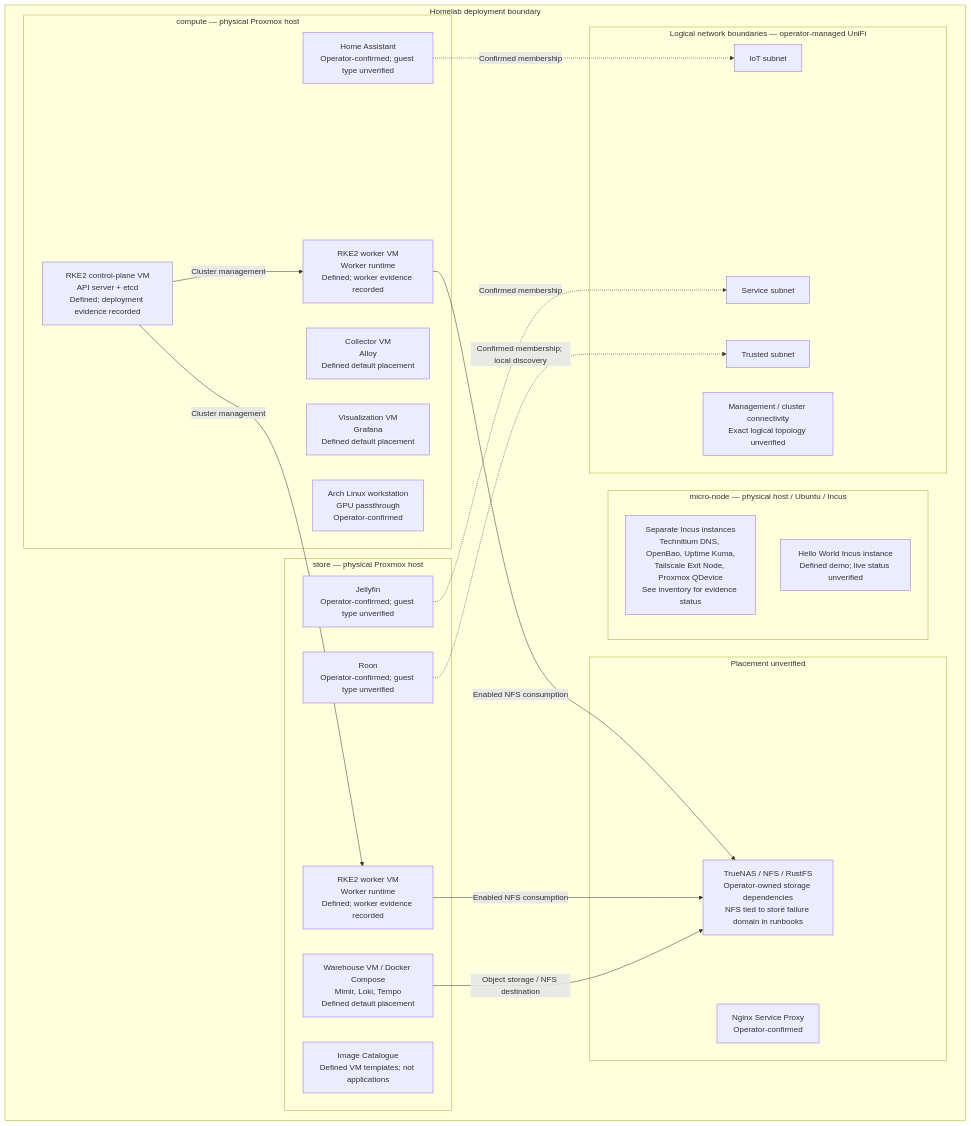
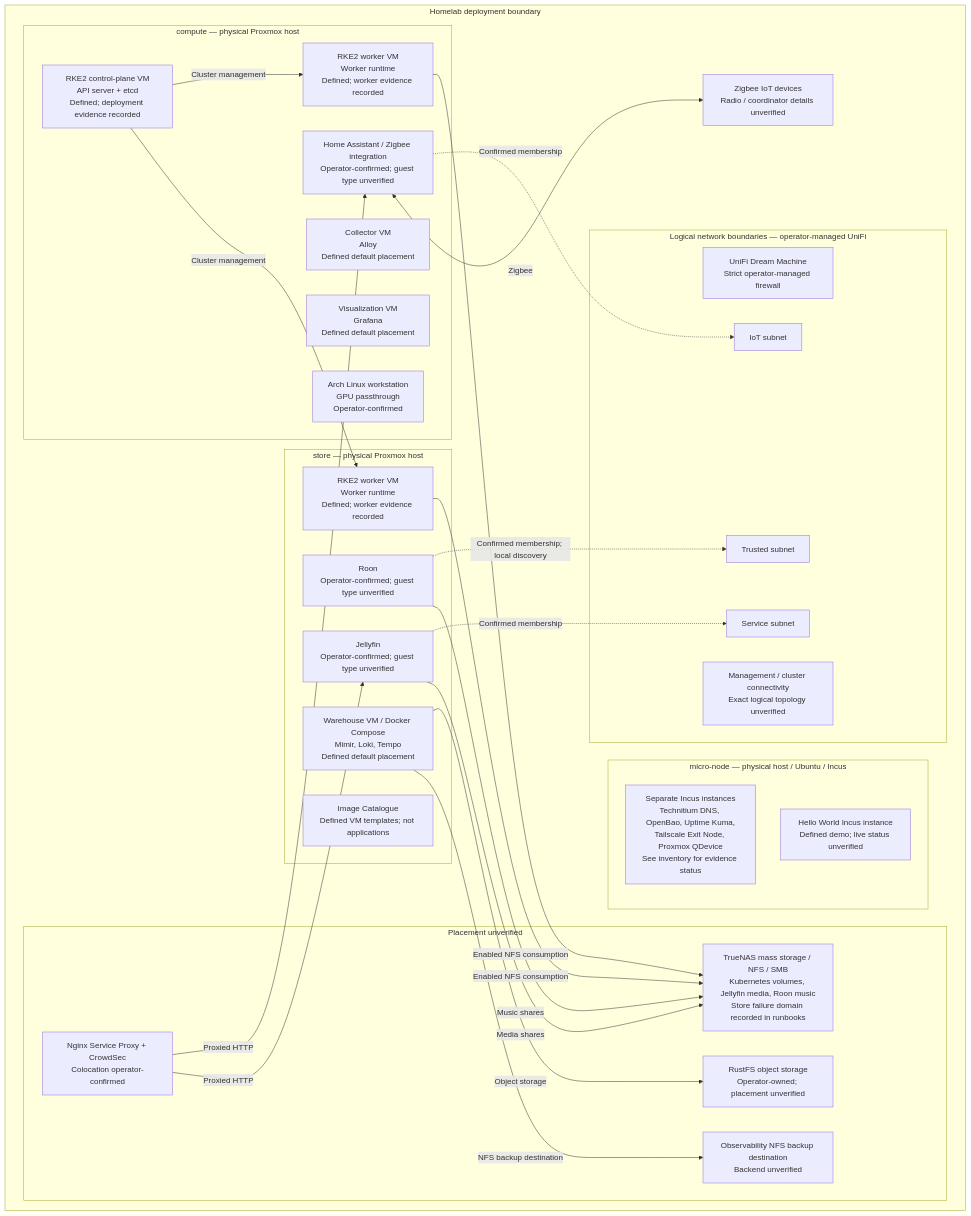
The fourth of 4 diagrams in docs/architecture.md (lexedwards/homelab), drawn with Mermaid before and after one commit. The commit also changed other lines of this file and 5 other files, not shown here.

First line of the commit message:
docs(architecture): record confirmed storage and service integrations

````diff
--- a/docs/architecture.md
+++ b/docs/architecture.md
@@ -126,42 +143,52 @@
 ```mermaid
 flowchart TB
     subgraph lab["Homelab deployment boundary"]
         subgraph micro["micro-node — physical host / Ubuntu / Incus"]
             microapps["Separate Incus instances<br/>Technitium DNS, OpenBao, Uptime Kuma,<br/>Tailscale Exit Node, Proxmox QDevice<br/>See inventory for evidence status"]
             hello["Hello World Incus instance<br/>Defined demo; live status unverified"]
         end
         subgraph compute["compute — physical Proxmox host"]
             cp["RKE2 control-plane VM<br/>API server + etcd<br/>Defined; deployment evidence recorded"]
             cw["RKE2 worker VM<br/>Worker runtime<br/>Defined; worker evidence recorded"]
             collector["Collector VM<br/>Alloy<br/>Defined default placement"]
             grafana["Visualization VM<br/>Grafana<br/>Defined default placement"]
-            ha["Home Assistant<br/>Operator-confirmed; guest type unverified"]
+            ha["Home Assistant / Zigbee integration<br/>Operator-confirmed; guest type unverified"]
             workstation["Arch Linux workstation<br/>GPU passthrough<br/>Operator-confirmed"]
         end
         subgraph store["store — physical Proxmox host"]
             sw["RKE2 worker VM<br/>Worker runtime<br/>Defined; worker evidence recorded"]
             warehouse["Warehouse VM / Docker Compose<br/>Mimir, Loki, Tempo<br/>Defined default placement"]
             images["Image Catalogue<br/>Defined VM templates; not applications"]
             jellyfin["Jellyfin<br/>Operator-confirmed; guest type unverified"]
             roon["Roon<br/>Operator-confirmed; guest type unverified"]
         end
         subgraph unknown["Placement unverified"]
-            storage["TrueNAS / NFS / RustFS<br/>Operator-owned storage dependencies<br/>NFS tied to store failure domain in runbooks"]
-            proxy["Nginx Service Proxy<br/>Operator-confirmed"]
+            storage["TrueNAS mass storage / NFS / SMB<br/>Kubernetes volumes, Jellyfin media, Roon music<br/>Store failure domain recorded in runbooks"]
+            rustfs["RustFS object storage<br/>Operator-owned; placement unverified"]
+            backupnfs["Observability NFS backup destination<br/>Backend unverified"]
+            proxy["Nginx Service Proxy + CrowdSec<br/>Colocation operator-confirmed"]
         end
         subgraph network["Logical network boundaries — operator-managed UniFi"]
+            firewall["UniFi Dream Machine<br/>Strict operator-managed firewall"]
             iot["IoT subnet"]
             service["Service subnet"]
             trusted["Trusted subnet"]
             management["Management / cluster connectivity<br/>Exact logical topology unverified"]
         end
+        zigbee["Zigbee IoT devices<br/>Radio / coordinator details unverified"]
     end
     ha -.->|"Confirmed membership"| iot
     jellyfin -.->|"Confirmed membership"| service
     roon -.->|"Confirmed membership; local discovery"| trusted
     cp -->|"Cluster management"| cw
     cp -->|"Cluster management"| sw
     cw -->|"Enabled NFS consumption"| storage
     sw -->|"Enabled NFS consumption"| storage
-    warehouse -->|"Object storage / NFS destination"| storage
+    jellyfin -->|"Media shares"| storage
+    roon -->|"Music shares"| storage
+    warehouse -->|"Object storage"| rustfs
+    warehouse -->|"NFS backup destination"| backupnfs
+    ha <-->|"Zigbee"| zigbee
+    proxy -->|"Proxied HTTP"| ha
+    proxy -->|"Proxied HTTP"| jellyfin
 ```
````
